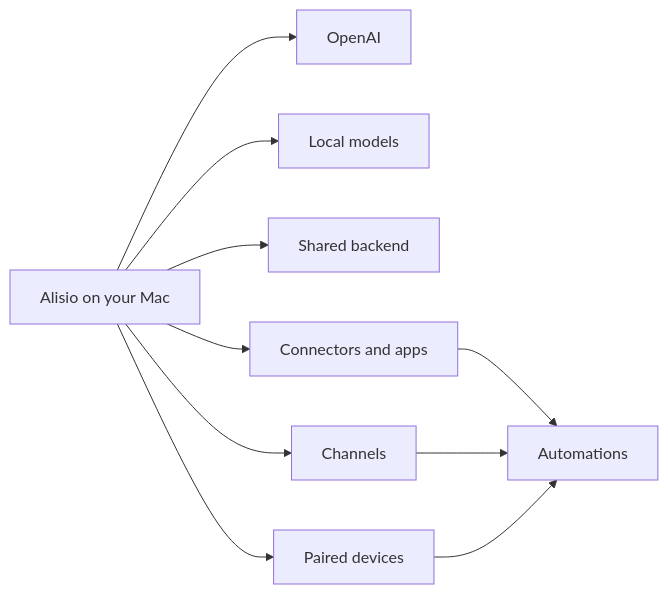
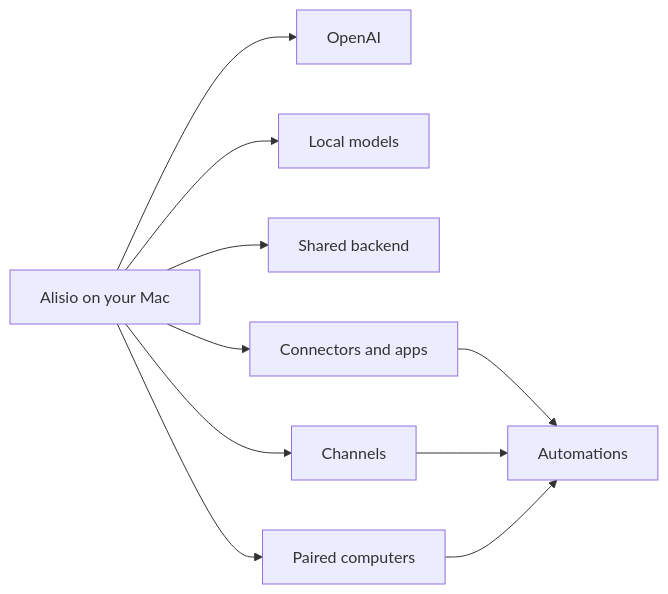
One commit to nuno7lopes-collab/alisio changed the diagram in docs/index.md. Above: the diagram before and after it, drawn with Mermaid. The commit also changed other lines of this file and 26 other files, not shown here.

````diff
--- a/docs/index.md
+++ b/docs/index.md
@@ -46,12 +46,12 @@
 ```mermaid
 flowchart LR
   A["Alisio on your Mac"] --> B["OpenAI"]
   A --> C["Local models"]
   A --> D["Shared backend"]
   A --> E["Channels"]
   A --> F["Connectors and apps"]
-  A --> G["Paired devices"]
+  A --> G["Paired computers"]
   F --> H["Automations"]
   E --> H
   G --> H
 ```
````
